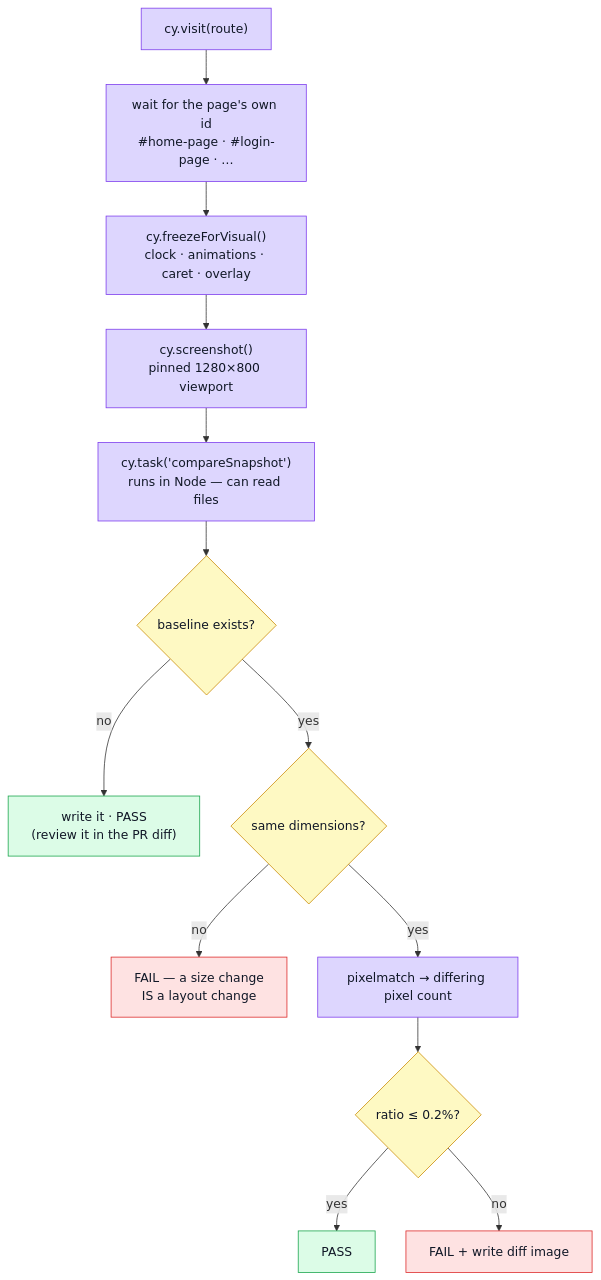
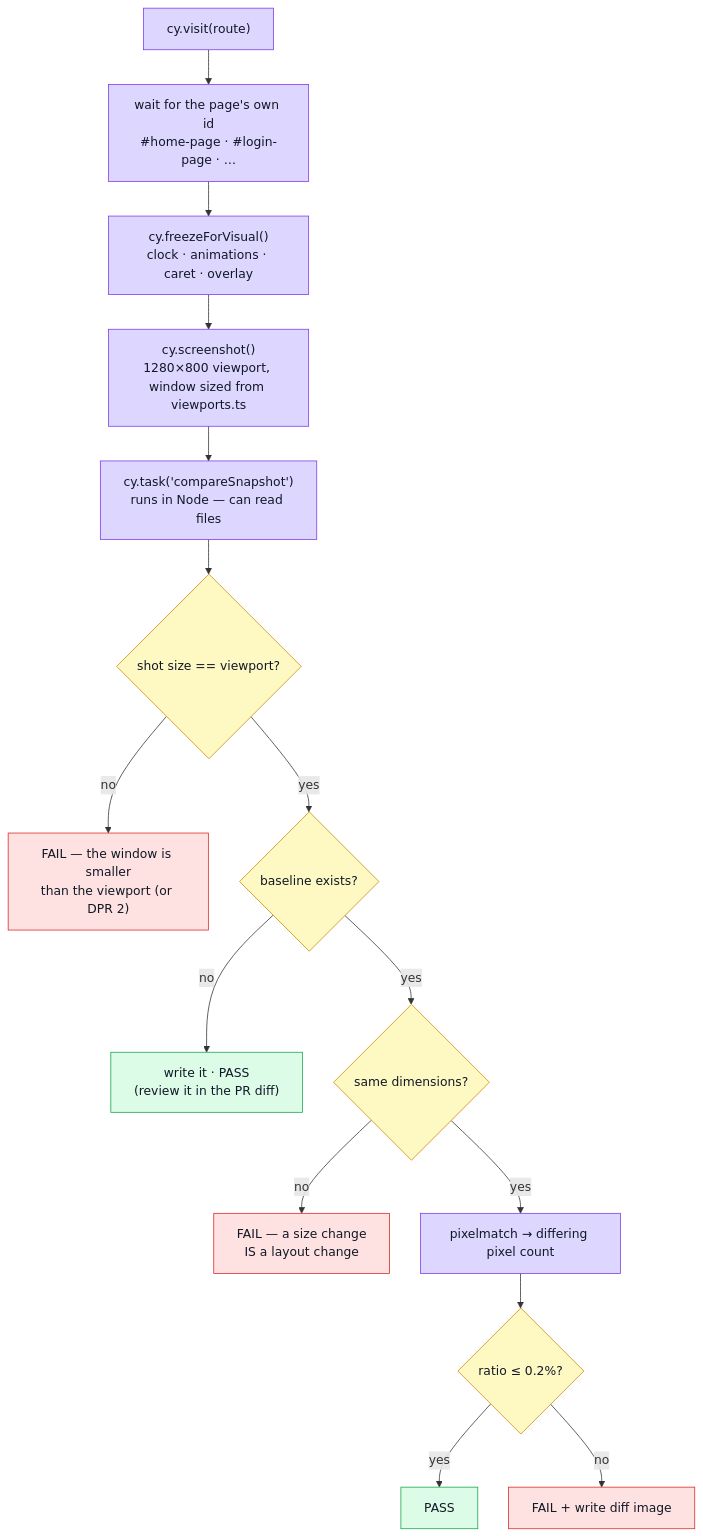
One commit to Guebbit/boilerplate-vue-frontend changed the first of 3 diagrams in docs/tools/visual-regression.md. Above: the diagram before and after it, drawn with Mermaid. The commit also changed other lines of this file and 14 other files, not shown here.

First line of the commit message:
test(visual): give every viewport a window big enough and refuse a clamped screenshot

````diff
--- a/docs/tools/visual-regression.md
+++ b/docs/tools/visual-regression.md
@@ -18,25 +18,27 @@
 ```mermaid
 %%{init: {'flowchart': {'nodeSpacing': 40, 'rankSpacing': 45}}}%%
 flowchart TB
     Visit["cy.visit(route)"] --> Ready["wait for the page's own id\n#home-page · #login-page · …"]
     Ready --> Freeze["cy.freezeForVisual()\nclock · animations · caret · overlay"]
-    Freeze --> Shot["cy.screenshot()\npinned 1280×800 viewport"]
+    Freeze --> Shot["cy.screenshot()\n1280×800 viewport, window sized from viewports.ts"]
     Shot --> Task["cy.task('compareSnapshot')\nruns in Node — can read files"]
-    Task --> D{"baseline exists?"}
+    Task --> Guard{"shot size == viewport?"}
+    Guard -- no --> FailWindow["FAIL — the window is smaller\nthan the viewport (or DPR 2)"]
+    Guard -- yes --> D{"baseline exists?"}
     D -- no --> Create["write it · PASS\n(review it in the PR diff)"]
     D -- yes --> Size{"same dimensions?"}
     Size -- no --> FailSize["FAIL — a size change\nIS a layout change"]
     Size -- yes --> Match["pixelmatch → differing pixel count"]
     Match --> Budget{"ratio ≤ 0.2%?"}
     Budget -- yes --> Pass["PASS"]
     Budget -- no --> Fail["FAIL + write diff image"]
 
     classDef proc fill:#ddd6fe,stroke:#7c3aed,color:#111827;
     classDef good fill:#dcfce7,stroke:#16a34a,color:#111827;
     classDef bad fill:#fee2e2,stroke:#dc2626,color:#111827;
     classDef dec fill:#fef9c3,stroke:#ca8a04,color:#111827;
     class Visit,Ready,Freeze,Shot,Task,Match proc;
     class Create,Pass good;
-    class Fail,FailSize bad;
-    class D,Size,Budget dec;
+    class Fail,FailSize,FailWindow bad;
+    class D,Size,Budget,Guard dec;
 ```
````
